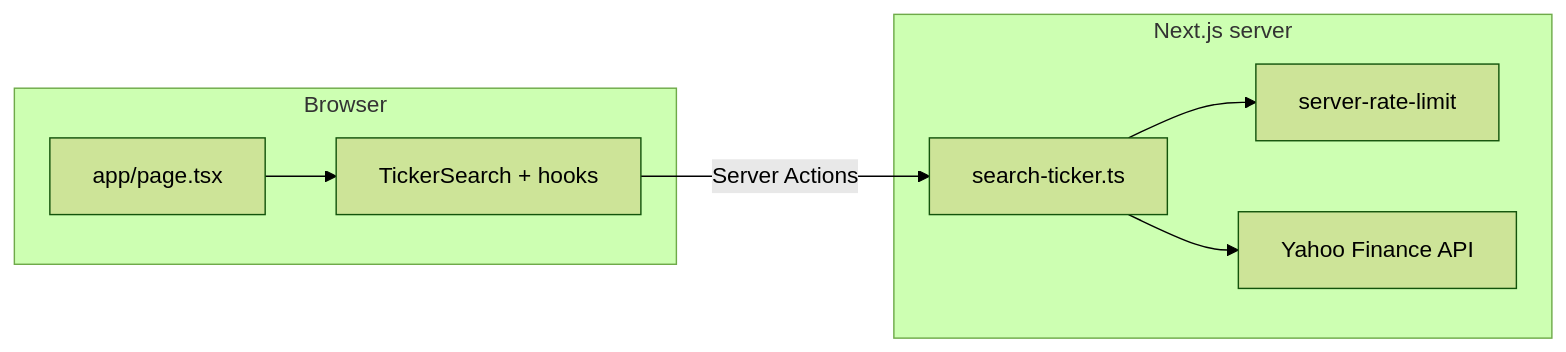
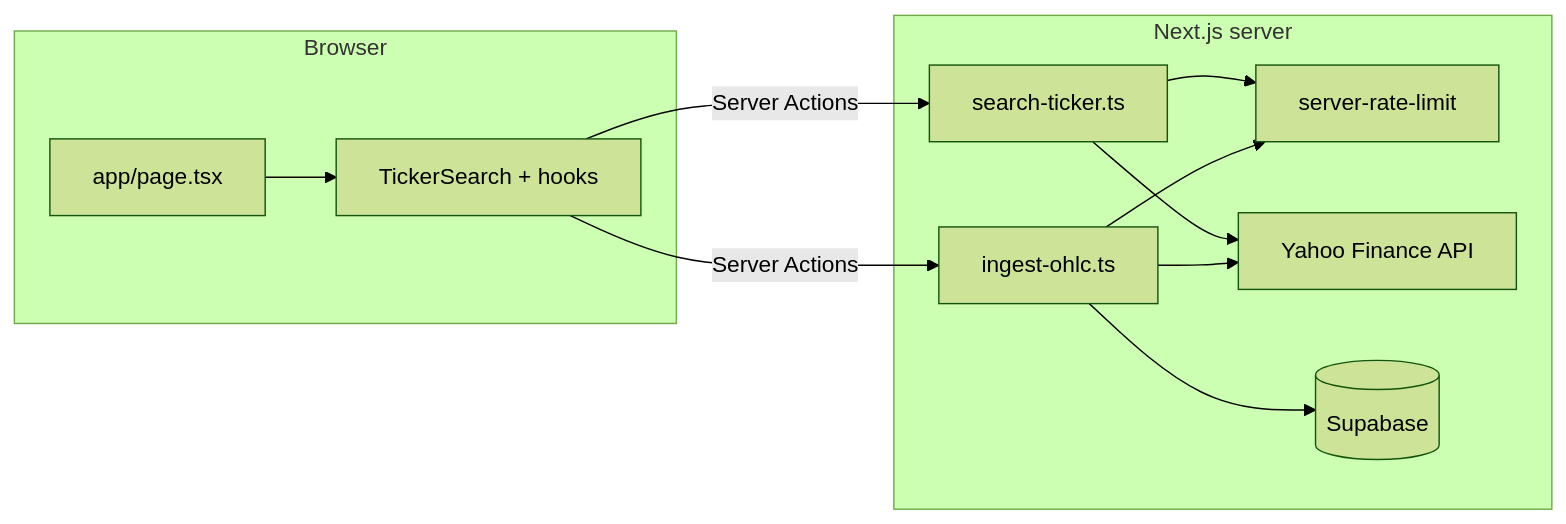
The diagram in README.md (blackeyes1234/stockanalyzer), drawn with Mermaid (forest theme) before and after one commit. The commit also changed other lines of this file and 16 other files, not shown here.

First line of the commit message:
feat: persist daily OHLC to Supabase via Yahoo Finance chart

````diff
--- a/README.md
+++ b/README.md
@@ -41,15 +42,20 @@
 ```mermaid
 flowchart LR
   subgraph client [Browser]
     Page[app/page.tsx]
     TS[TickerSearch + hooks]
     Page --> TS
   end
   subgraph server [Next.js server]
     SA[search-ticker.ts]
+    OH[ingest-ohlc.ts]
     RL[server-rate-limit]
     SA --> RL
+    OH --> RL
     SA --> Yahoo[Yahoo Finance API]
+    OH --> Yahoo
+    OH --> SB[(Supabase)]
   end
   TS -->|Server Actions| SA
+  TS -->|Server Actions| OH
 ```
````
